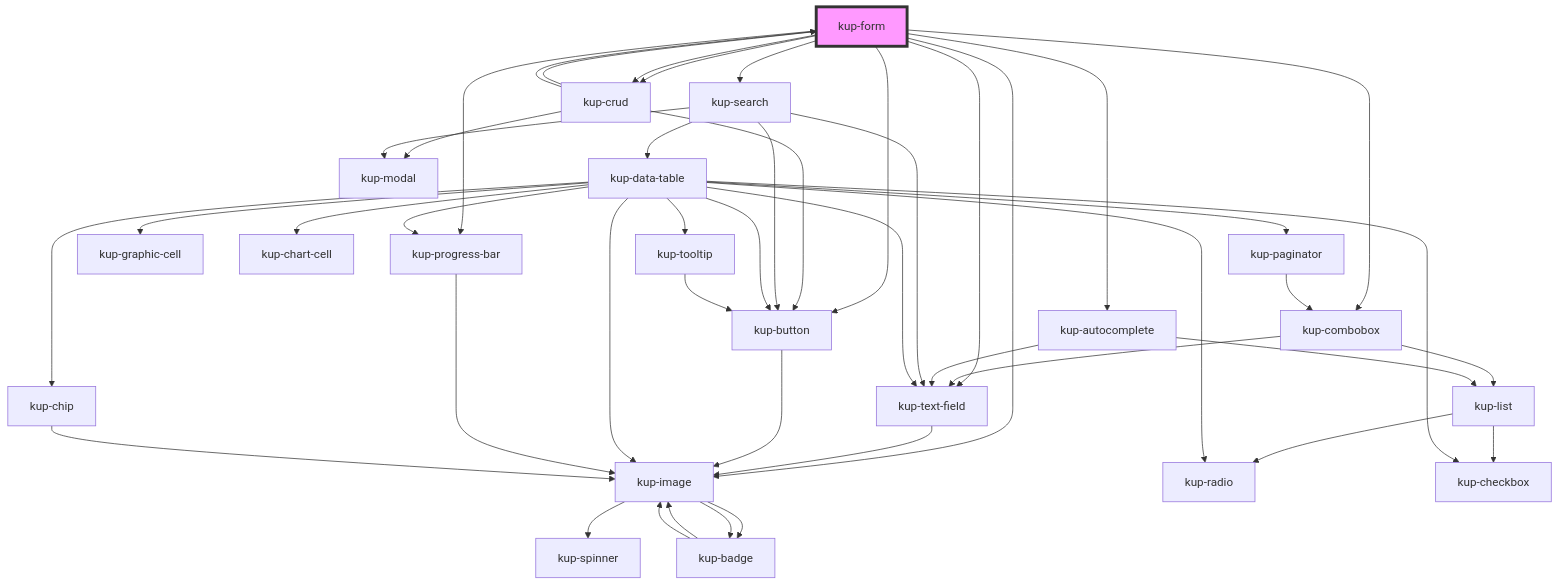
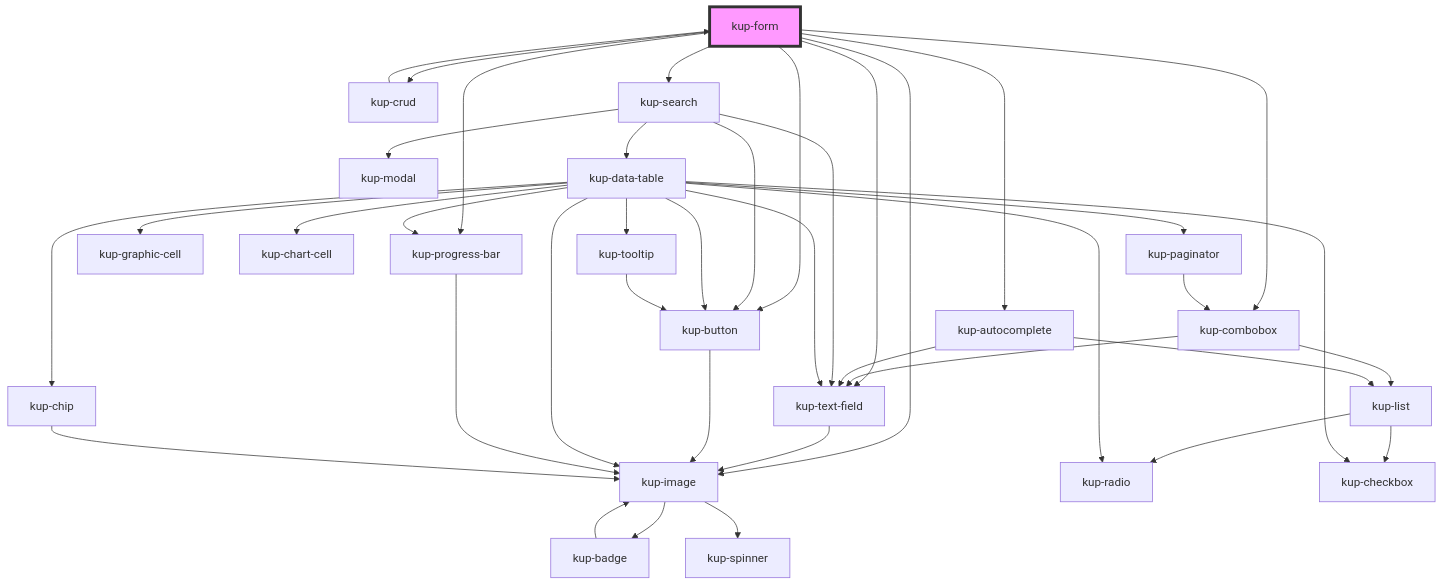
The diagram in packages/ketchup/src/components/kup-form/readme.md (smeup/ketchup), drawn with Mermaid before and after one commit. The commit also changed other lines of this file and 24 other files, not shown here.

````diff
--- a/packages/ketchup/src/components/kup-form/readme.md
+++ b/packages/ketchup/src/components/kup-form/readme.md
@@ -132,49 +131,43 @@
 ```mermaid
 graph TD;
   kup-form --> kup-combobox
   kup-form --> kup-crud
   kup-form --> kup-autocomplete
   kup-form --> kup-search
   kup-form --> kup-image
   kup-form --> kup-progress-bar
   kup-form --> kup-text-field
   kup-form --> kup-button
-  kup-form --> kup-crud
   kup-combobox --> kup-text-field
   kup-combobox --> kup-list
   kup-text-field --> kup-image
   kup-image --> kup-badge
   kup-image --> kup-spinner
-  kup-image --> kup-badge
-  kup-badge --> kup-image
   kup-badge --> kup-image
   kup-list --> kup-radio
   kup-list --> kup-checkbox
-  kup-crud --> kup-button
-  kup-crud --> kup-modal
-  kup-crud --> kup-form
   kup-crud --> kup-form
   kup-button --> kup-image
   kup-autocomplete --> kup-text-field
   kup-autocomplete --> kup-list
   kup-search --> kup-text-field
   kup-search --> kup-button
   kup-search --> kup-modal
   kup-search --> kup-data-table
   kup-data-table --> kup-checkbox
   kup-data-table --> kup-text-field
   kup-data-table --> kup-image
   kup-data-table --> kup-button
   kup-data-table --> kup-graphic-cell
   kup-data-table --> kup-chart-cell
   kup-data-table --> kup-progress-bar
   kup-data-table --> kup-radio
   kup-data-table --> kup-tooltip
   kup-data-table --> kup-paginator
   kup-data-table --> kup-chip
   kup-progress-bar --> kup-image
   kup-tooltip --> kup-button
   kup-paginator --> kup-combobox
   kup-chip --> kup-image
   style kup-form fill:#f9f,stroke:#333,stroke-width:4px
 ```
````
